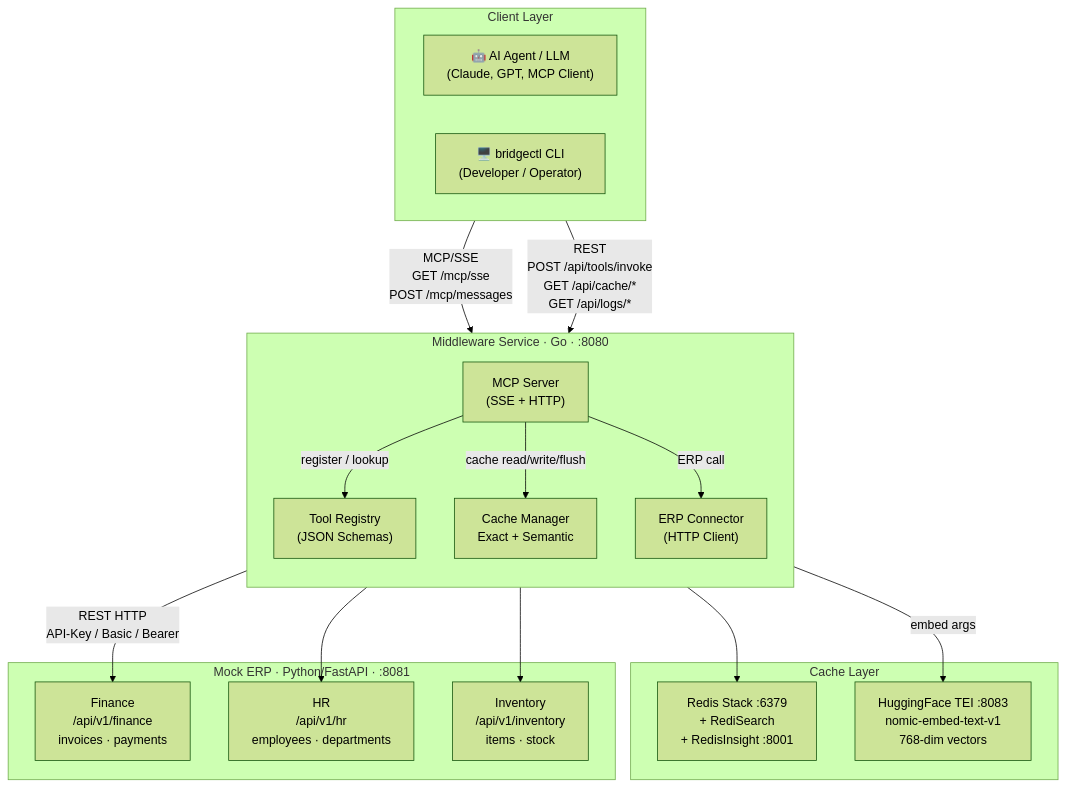
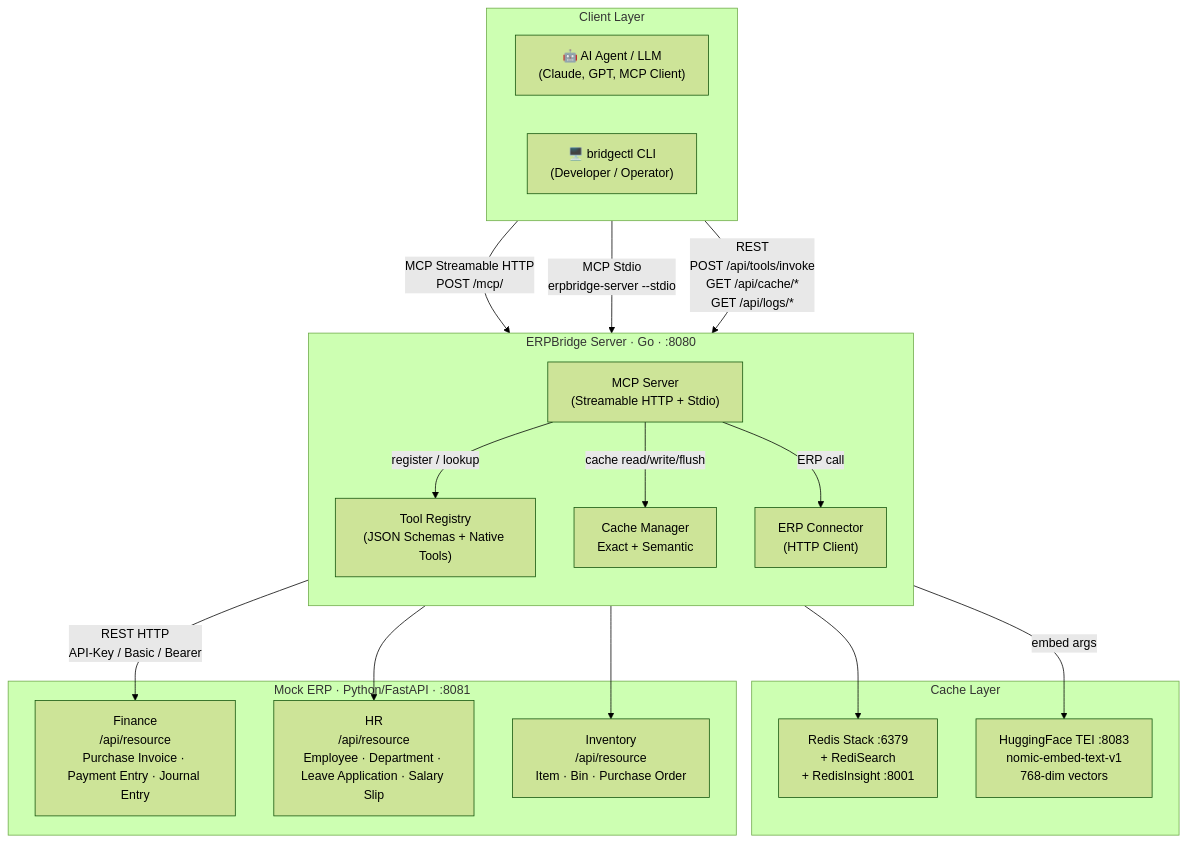
One commit to nmdra/ERPBridge changed the first of 4 diagrams in CODEBASE_REPORT.md. Above: the diagram before and after it, drawn with Mermaid (forest theme). The commit also changed other lines of this file, not shown here.

````diff
--- a/CODEBASE_REPORT.md
+++ b/CODEBASE_REPORT.md
@@ -64,39 +66,40 @@
 ```mermaid
 flowchart TB
     subgraph Clients["Client Layer"]
         direction LR
         Agent["🤖 AI Agent / LLM\n(Claude, GPT, MCP Client)"]
         CLI["🖥️ bridgectl CLI\n(Developer / Operator)"]
     end
 
-    subgraph Middleware["Middleware Service · Go · :8080"]
+    subgraph Middleware["ERPBridge Server · Go · :8080"]
         direction TB
-        MCP["MCP Server\n(SSE + HTTP)"]
-        TR["Tool Registry\n(JSON Schemas)"]
+        MCP["MCP Server\n(Streamable HTTP + Stdio)"]
+        TR["Tool Registry\n(JSON Schemas + Native Tools)"]
         CM["Cache Manager\nExact + Semantic"]
         EC["ERP Connector\n(HTTP Client)"]
 
         MCP -->|"register / lookup"| TR
         MCP -->|"cache read/write/flush"| CM
         MCP -->|"ERP call"| EC
     end
 
     subgraph CacheLayer["Cache Layer"]
         Redis["Redis Stack :6379\n+ RediSearch\n+ RedisInsight :8001"]
         Embedder["HuggingFace TEI :8083\nnomic-embed-text-v1\n768-dim vectors"]
         CM --> Redis
         CM -->|"embed args"| Embedder
     end
 
     subgraph ERP["Mock ERP · Python/FastAPI · :8081"]
-        Finance["Finance\n/api/v1/finance\ninvoices · payments"]
-        HR["HR\n/api/v1/hr\nemployees · departments"]
-        Inventory["Inventory\n/api/v1/inventory\nitems · stock"]
+        Finance["Finance\n/api/resource\nPurchase Invoice · Payment Entry · Journal Entry"]
+        HR["HR\n/api/resource\nEmployee · Department · Leave Application · Salary Slip"]
+        Inventory["Inventory\n/api/resource\nItem · Bin · Purchase Order"]
     end
 
-    Agent -- "MCP/SSE\nGET /mcp/sse\nPOST /mcp/messages" --> MCP
+    Agent -- "MCP Streamable HTTP\nPOST /mcp/" --> MCP
+    Agent -- "MCP Stdio\nerpbridge-server --stdio" --> MCP
     CLI -- "REST\nPOST /api/tools/invoke\nGET /api/cache/*\nGET /api/logs/*" --> MCP
     EC -- "REST HTTP\nAPI-Key / Basic / Bearer" --> Finance
     EC --> HR
     EC --> Inventory
 ```
````
